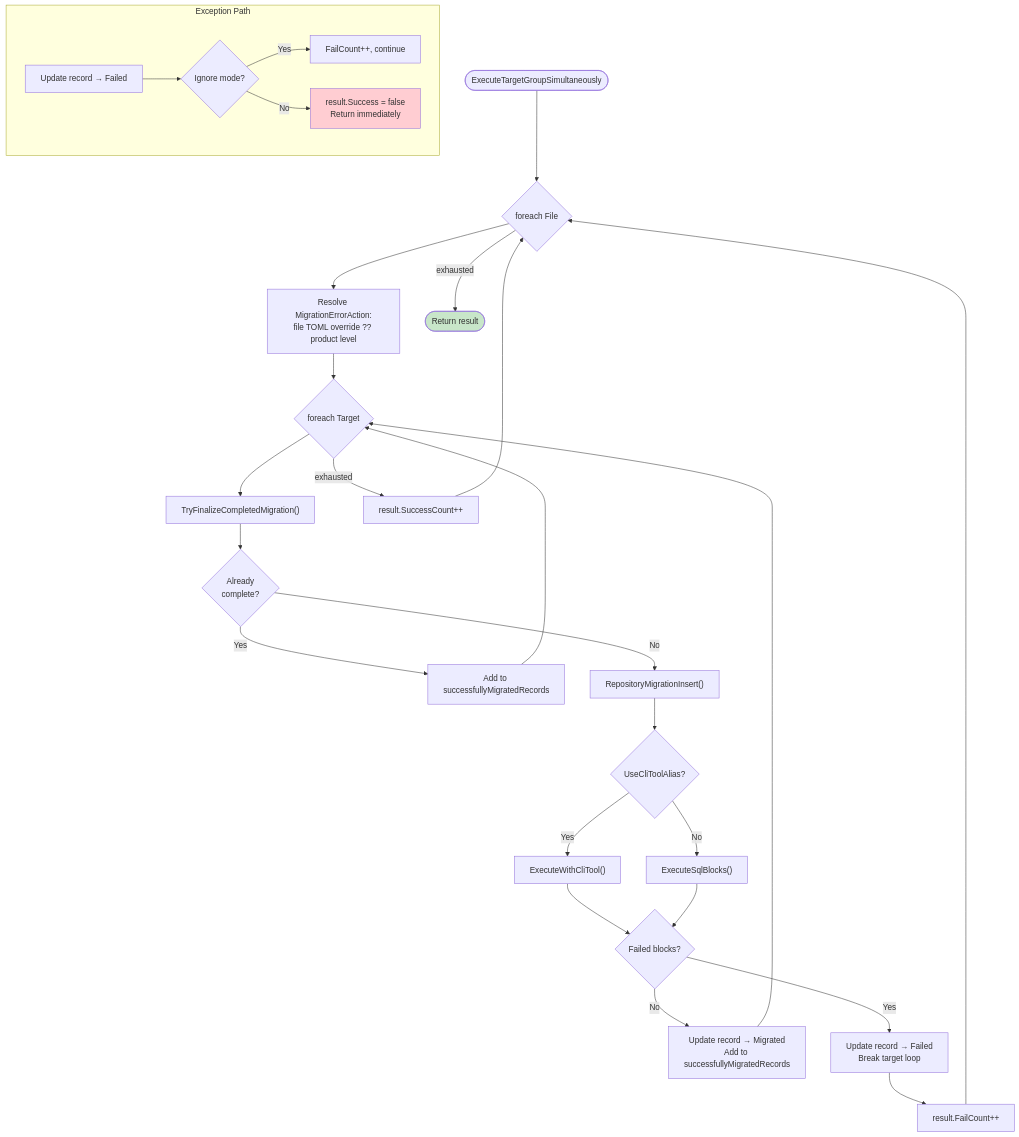
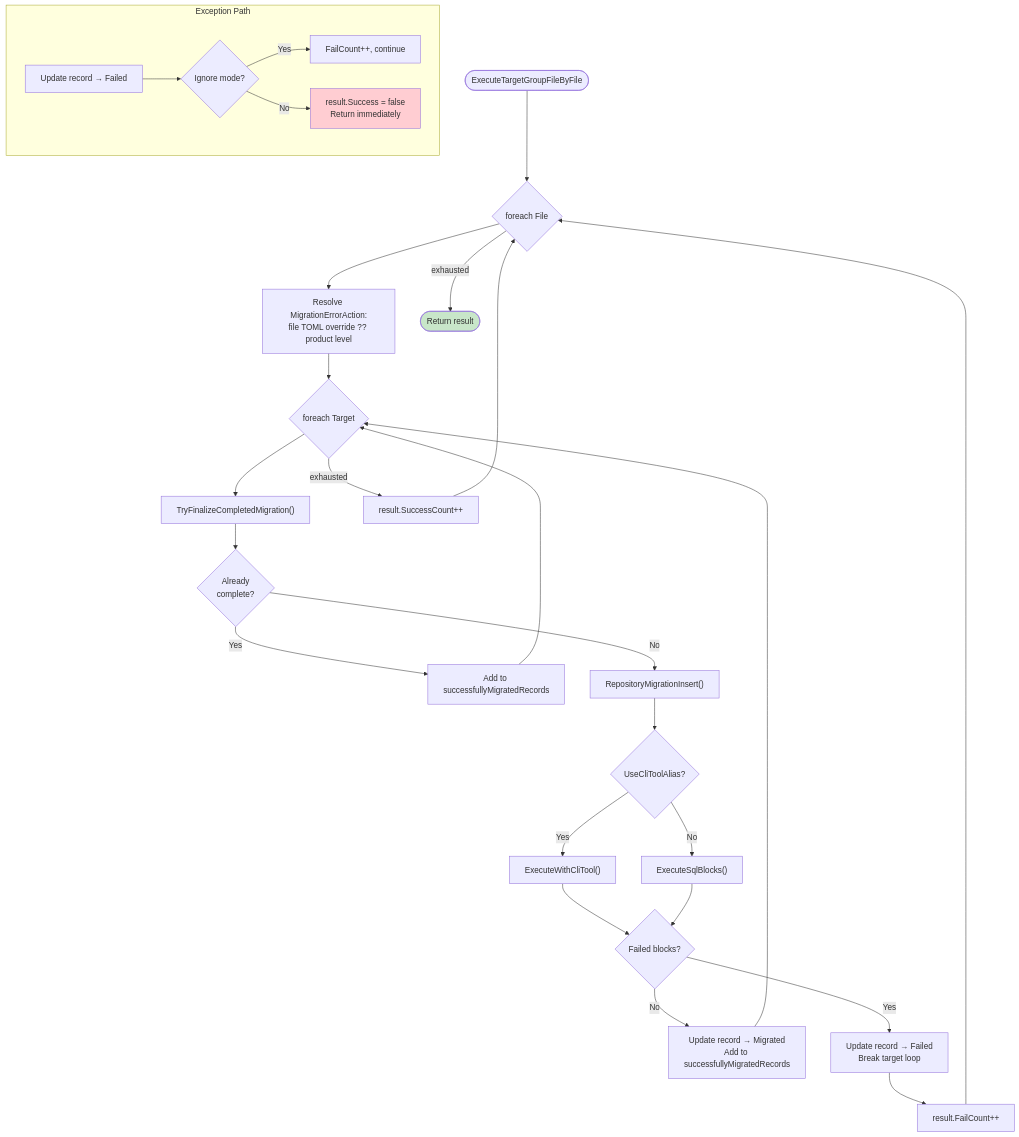
Before and after one commit to RAYCOON/RayMigrator: the second of 6 diagrams in Docs/04-service-layer/activity-diagrams.md, drawn with Mermaid. The commit also changed other lines of this file and 102 other files, not shown here.

````diff
--- a/Docs/04-service-layer/activity-diagrams.md
+++ b/Docs/04-service-layer/activity-diagrams.md
@@ -79,41 +79,41 @@
 ```mermaid
 flowchart TD
-    Start([ExecuteTargetGroupSimultaneously]) --> FileLoop{"foreach File"}
+    Start([ExecuteTargetGroupFileByFile]) --> FileLoop{"foreach File"}
 
     FileLoop --> ResolveErr["Resolve MigrationErrorAction:<br/>file TOML override ?? product level"]
     ResolveErr --> TargetLoop{"foreach Target"}
 
     TargetLoop --> TryFinalize["TryFinalizeCompletedMigration()"]
     TryFinalize --> WasFinalized{Already<br/>complete?}
     WasFinalized -->|Yes| AddRecovered["Add to successfullyMigratedRecords"]
     AddRecovered --> TargetLoop
     WasFinalized -->|No| InsertMig["RepositoryMigrationInsert()"]
 
     InsertMig --> CliCheck{UseCliToolAlias?}
     CliCheck -->|Yes| ExecCli["ExecuteWithCliTool()"]
     CliCheck -->|No| ExecSql["ExecuteSqlBlocks()"]
     ExecCli --> BlockResult
     ExecSql --> BlockResult
 
     BlockResult{Failed blocks?}
     BlockResult -->|No| MarkOk["Update record → Migrated<br/>Add to successfullyMigratedRecords"]
     MarkOk --> TargetLoop
 
     BlockResult -->|Yes| MarkFailed["Update record → Failed<br/>Break target loop"]
     MarkFailed --> FailCount["result.FailCount++"]
     FailCount --> FileLoop
 
     TargetLoop -->|exhausted| FileOk["result.SuccessCount++"]
     FileOk --> FileLoop
 
     FileLoop -->|exhausted| ReturnOk(["Return result"])
 
     subgraph Exception Path
         CatchEx["Update record → Failed"] --> IsIgnore{Ignore mode?}
         IsIgnore -->|Yes| IgnoreEx["FailCount++, continue"]
         IsIgnore -->|No| AbortTG["result.Success = false<br/>Return immediately"]
     end
 
     style ReturnOk fill:#c8e6c9
     style AbortTG fill:#ffcdd2
 ```
````
